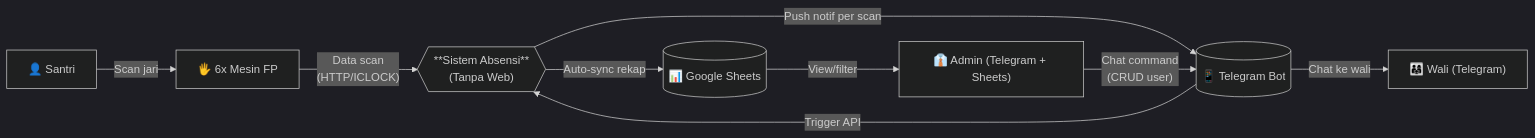
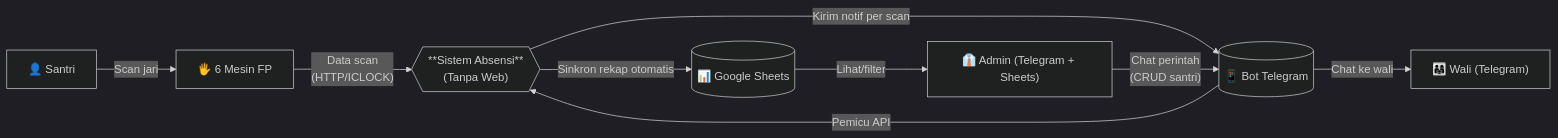
The second of 3 diagrams in 20-Projects/01-absensi-finger/03-NO-WEB-SOLUTION.md (RaiKanaeru/ai-agents-vault), drawn with Mermaid (dark theme) before and after one commit. The commit also changed other lines of this file and 41 other files, not shown here.

````diff
--- a/20-Projects/01-absensi-finger/03-NO-WEB-SOLUTION.md
+++ b/20-Projects/01-absensi-finger/03-NO-WEB-SOLUTION.md
@@ -68,19 +69,19 @@
 ```mermaid
 flowchart LR
-    FP["🖐️ 6x Mesin FP"]
+    FP["🖐️ 6 Mesin FP"]
     Santri["👤 Santri"]
     Wali["👨‍👩‍👧 Wali (Telegram)"]
     Admin["👔 Admin (Telegram + Sheets)"]
     System{{"**Sistem Absensi**<br/>(Tanpa Web)"}}
-    TG[("📱 Telegram Bot")]
+    TG[("📱 Bot Telegram")]
     SH[("📊 Google Sheets")]
 
     Santri -->|"Scan jari"| FP
     FP -->|"Data scan<br/>(HTTP/ICLOCK)"| System
-    System -->|"Push notif per scan"| TG
+    System -->|"Kirim notif per scan"| TG
     TG -->|"Chat ke wali"| Wali
-    System -->|"Auto-sync rekap"| SH
-    SH -->|"View/filter"| Admin
-    Admin -->|"Chat command<br/>(CRUD user)"| TG
-    TG -->|"Trigger API"| System
+    System -->|"Sinkron rekap otomatis"| SH
+    SH -->|"Lihat/filter"| Admin
+    Admin -->|"Chat perintah<br/>(CRUD santri)"| TG
+    TG -->|"Pemicu API"| System
 ```
````
